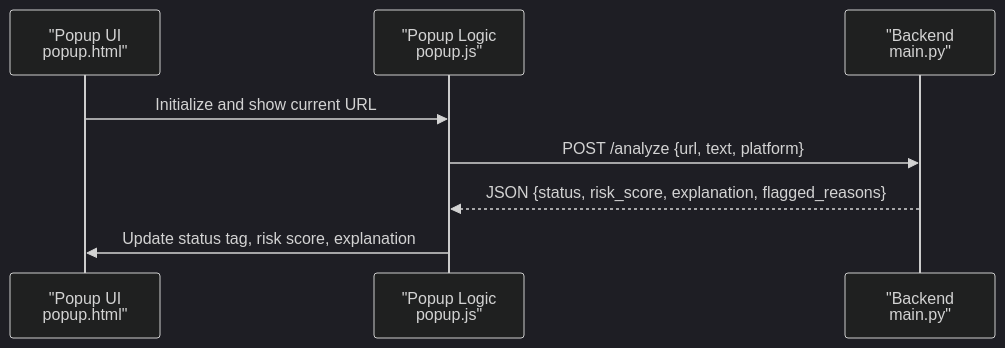
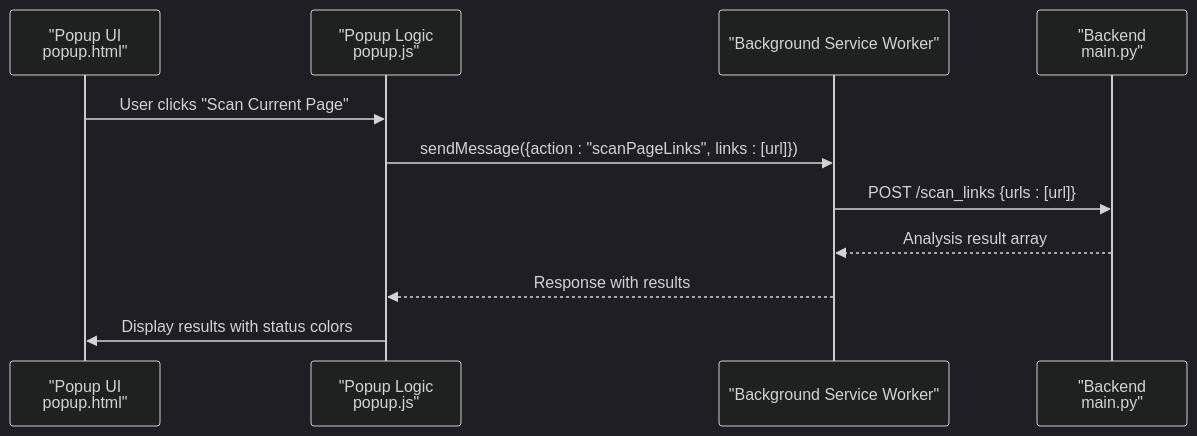
Before and after one commit to Aymanaahh/scrollguard-ai: the fifth of 7 diagrams in .qoder/repowiki/en/content/System Architecture.md, drawn with Mermaid (dark theme). The commit also changed other lines of this file and 36 other files, not shown here.

````diff
--- a/.qoder/repowiki/en/content/System Architecture.md
+++ b/.qoder/repowiki/en/content/System Architecture.md
@@ -223,10 +222,13 @@
 ```mermaid
 sequenceDiagram
 participant UI as "Popup UI<br/>popup.html"
 participant JS as "Popup Logic<br/>popup.js"
+participant SW as "Background Service Worker"
 participant BE as "Backend<br/>main.py"
-UI->>JS : Initialize and show current URL
-JS->>BE : POST /analyze {url, text, platform}
-BE-->>JS : JSON {status, risk_score, explanation, flagged_reasons}
-JS->>UI : Update status tag, risk score, explanation
+UI->>JS : User clicks "Scan Current Page"
+JS->>SW : sendMessage({action : "scanPageLinks", links : [url]})
+SW->>BE : POST /scan_links {urls : [url]}
+BE-->>SW : Analysis result array
+SW-->>JS : Response with results
+JS->>UI : Display results with status colors
 ```
````
